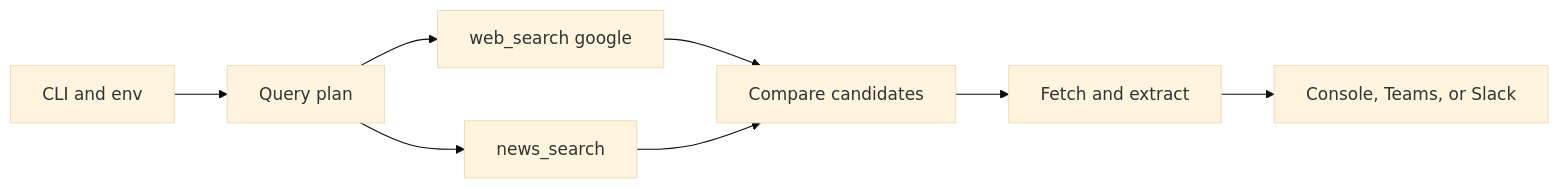
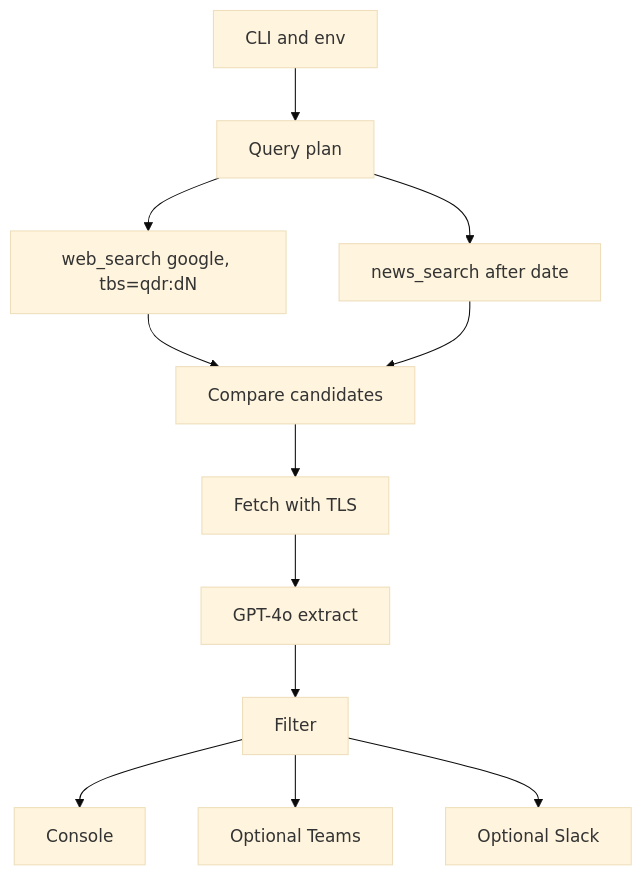
Before and after one commit to Adit-Jain-srm/SerpApi_Track1: the first of 2 diagrams in README.md, drawn with Mermaid (base theme). The commit also changed other lines of this file and 4 other files, not shown here.

````diff
--- a/README.md
+++ b/README.md
@@ -19,10 +21,14 @@
 ```mermaid
-flowchart LR
+flowchart TD
   cli[CLI and env] --> plan[Query plan]
-  plan --> web[web_search google]
-  plan --> news[news_search]
+  plan --> web["web_search google, tbs=qdr:dN"]
+  plan --> news["news_search after date"]
   web --> compare[Compare candidates]
   news --> compare
-  compare --> fetch[Fetch and extract]
-  fetch --> out[Console, Teams, or Slack]
+  compare --> fetch[Fetch with TLS]
+  fetch --> extract[GPT-4o extract]
+  extract --> filter[Filter]
+  filter --> console[Console]
+  filter --> teams[Optional Teams]
+  filter --> slack[Optional Slack]
 ```
````
